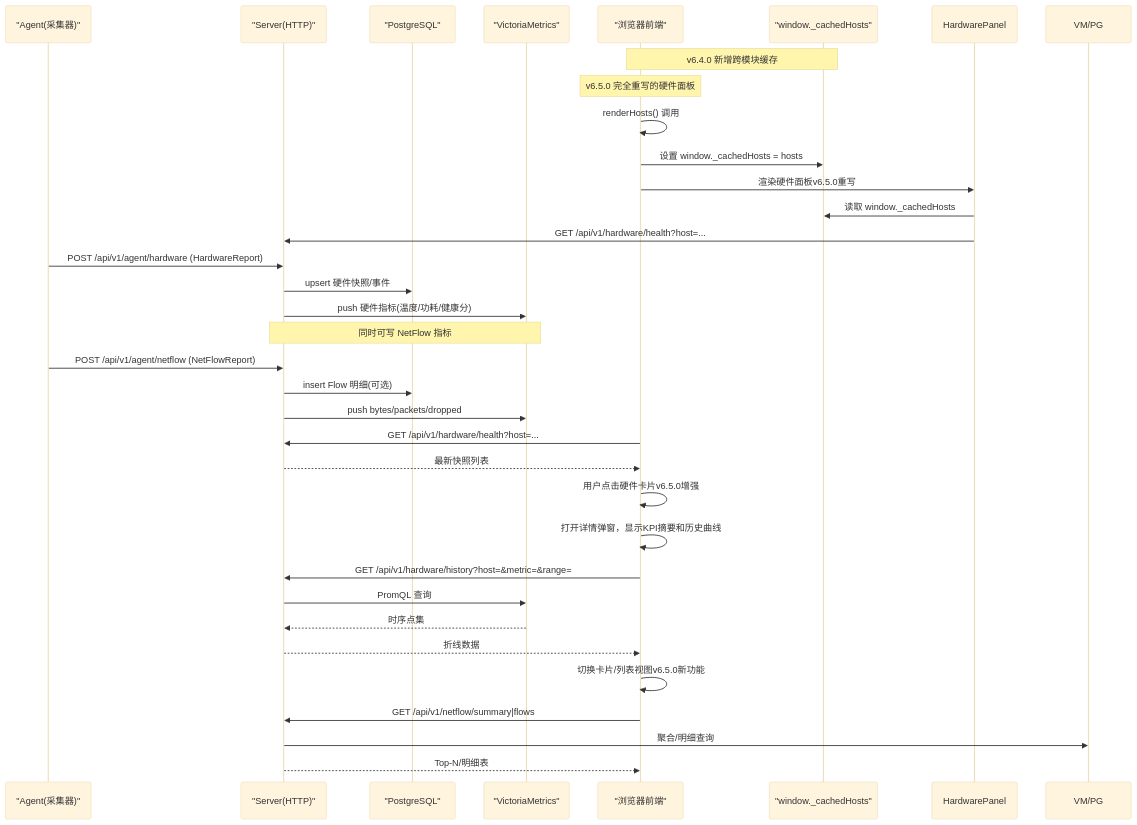
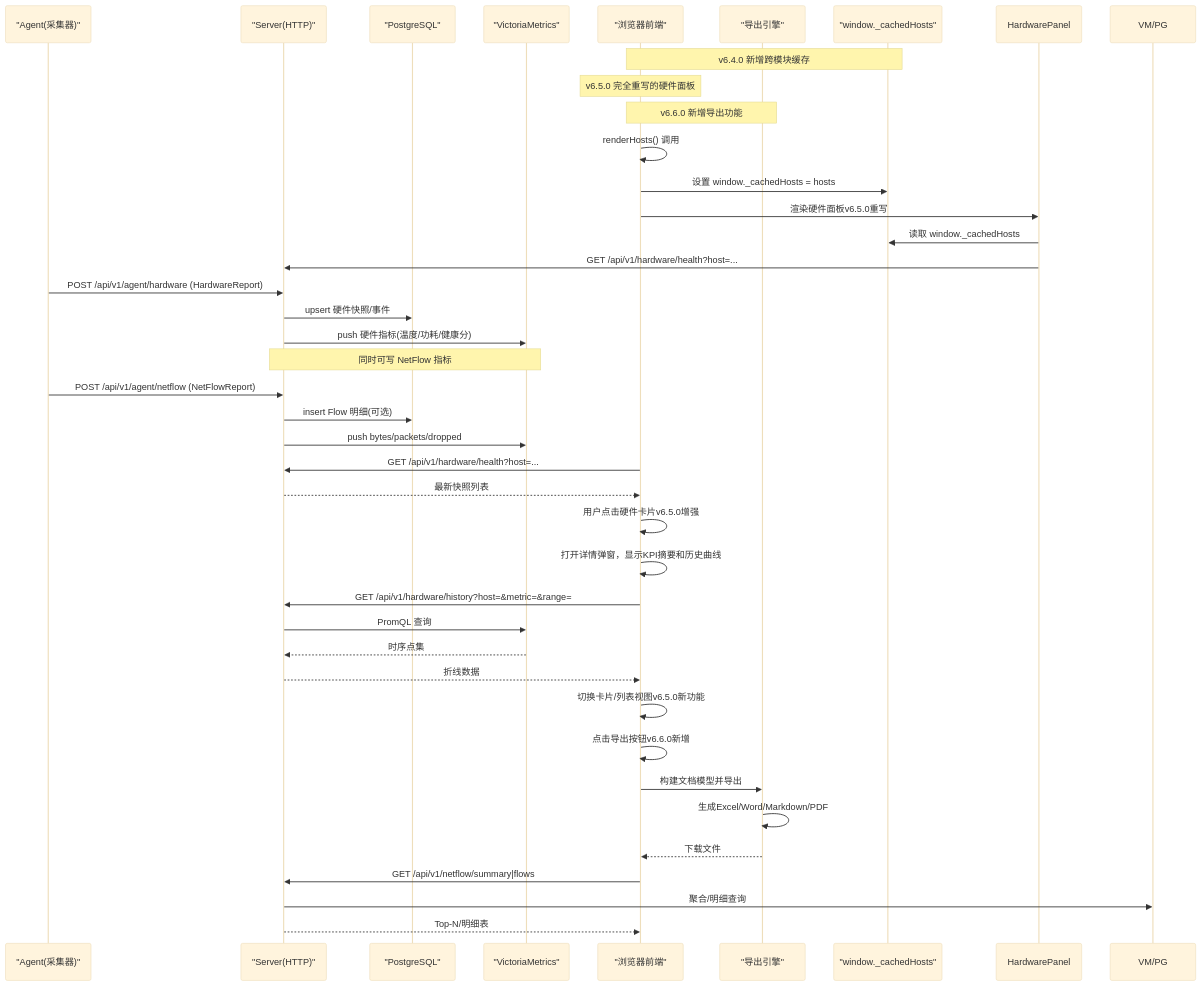
Before and after one commit to sreyun/aiops-monitor: the second of 11 diagrams in .qoder/repowiki/zh/content/核心功能/监控系统/硬件监控仪表板.md, drawn with Mermaid (base theme). The commit also changed other lines of this file and 14 other files, not shown here.

````diff
--- a/.qoder/repowiki/zh/content/核心功能/监控系统/硬件监控仪表板.md
+++ b/.qoder/repowiki/zh/content/核心功能/监控系统/硬件监控仪表板.md
@@ -178,35 +188,41 @@
 ```mermaid
 sequenceDiagram
 participant Agent as "Agent(采集器)"
 participant Server as "Server(HTTP)"
 participant PG as "PostgreSQL"
 participant VM as "VictoriaMetrics"
 participant UI as "浏览器前端"
+participant Export as "导出引擎"
 participant Cache as "window._cachedHosts"
 Note over UI,Cache : v6.4.0 新增跨模块缓存
 Note over UI : v6.5.0 完全重写的硬件面板
+Note over UI,Export : v6.6.0 新增导出功能
 UI->>UI : renderHosts() 调用
 UI->>Cache : 设置 window._cachedHosts = hosts
 UI->>HardwarePanel : 渲染硬件面板v6.5.0重写
 HardwarePanel->>Cache : 读取 window._cachedHosts
 HardwarePanel->>Server : GET /api/v1/hardware/health?host=...
 Agent->>Server : POST /api/v1/agent/hardware (HardwareReport)
 Server->>PG : upsert 硬件快照/事件
 Server->>VM : push 硬件指标(温度/功耗/健康分)
 Note over Server,VM : 同时可写 NetFlow 指标
 Agent->>Server : POST /api/v1/agent/netflow (NetFlowReport)
 Server->>PG : insert Flow 明细(可选)
 Server->>VM : push bytes/packets/dropped
 UI->>Server : GET /api/v1/hardware/health?host=...
 Server-->>UI : 最新快照列表
 UI->>UI : 用户点击硬件卡片v6.5.0增强
 UI->>UI : 打开详情弹窗，显示KPI摘要和历史曲线
 UI->>Server : GET /api/v1/hardware/history?host=&metric=&range=
 Server->>VM : PromQL 查询
 VM-->>Server : 时序点集
 Server-->>UI : 折线数据
 UI->>UI : 切换卡片/列表视图v6.5.0新功能
+UI->>UI : 点击导出按钮v6.6.0新增
+UI->>Export : 构建文档模型并导出
+Export->>Export : 生成Excel/Word/Markdown/PDF
+Export-->>UI : 下载文件
 UI->>Server : GET /api/v1/netflow/summary|flows
 Server->>VM/PG : 聚合/明细查询
 Server-->>UI : Top-N/明细表
 ```
````
